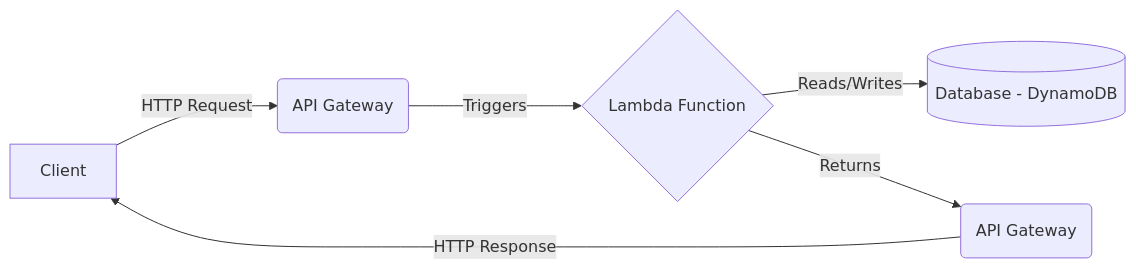
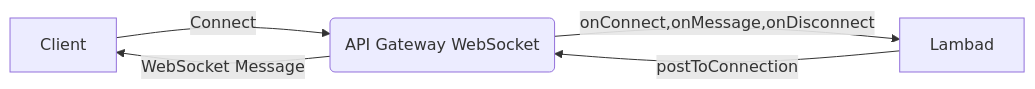
One commit to susmitpy/talks changed the first of 15 diagrams in aws_lambda.md. Above: the diagram before and after it, drawn with Mermaid. The commit also changed other lines of this file and 6 other files, not shown here.

````diff
--- a/aws_lambda.md
+++ b/aws_lambda.md
@@ -156,9 +157,7 @@
 ```mermaid
 graph LR
-    A[Client] -- HTTP Request --> B(API Gateway)
-    B -- Triggers --> C{Lambda Function}
-    C -- Reads/Writes --> D[(Database - DynamoDB)]
-    C -- Returns --> E(API Gateway)
-    E -- HTTP Response --> A
-    class B,E,C fill:#f9f,stroke:#333,stroke-width:2px
+    A[Client] -- Connect --> B(API Gateway WebSocket)
+    B -- onConnect,onMessage,onDisconnect --> D[Lambad]
+    D -- postToConnection --> B
+    B -- WebSocket Message --> A
 ```
````
